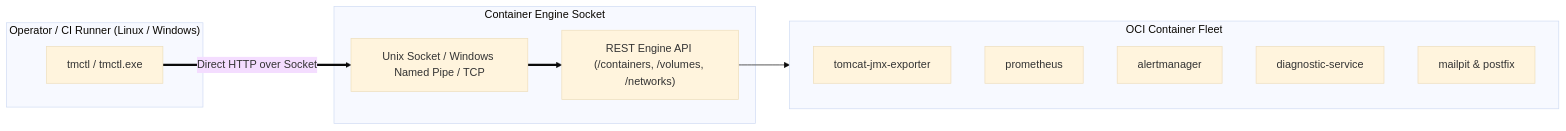
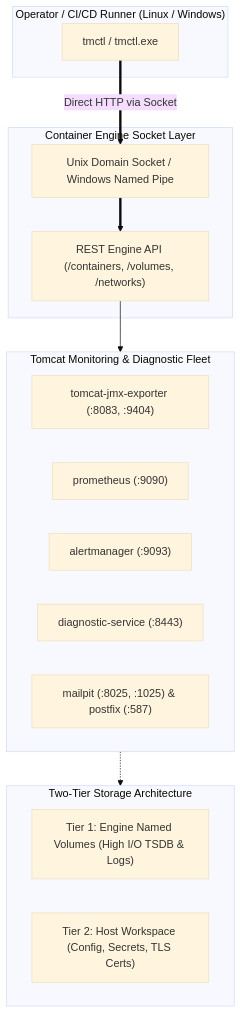
One commit to edkas07-oss/tmctl changed the diagram in README.md. Above: the diagram before and after it, drawn with Mermaid (base theme). The commit also changed other lines of this file and 2 other files, not shown here.

````diff
--- a/README.md
+++ b/README.md
@@ -57,22 +60,28 @@
 ```mermaid
-flowchart LR
-    subgraph OPERATOR["Operator / CI Runner (Linux / Windows)"]
+flowchart TD
+    subgraph OPERATOR["Operator / CI/CD Runner (Linux / Windows)"]
         CLI["tmctl / tmctl.exe"]
     end
 
-    subgraph ENGINE["Container Engine Socket"]
-        SOCK["Unix Socket / Windows Named Pipe / TCP"]
+    subgraph ENGINE["Container Engine Socket Layer"]
+        SOCK["Unix Domain Socket / Windows Named Pipe"]
         API["REST Engine API (/containers, /volumes, /networks)"]
     end
 
-    subgraph WORKLOADS["OCI Container Fleet"]
-        TOMCAT["tomcat-jmx-exporter"]
-        PROM["prometheus"]
-        AM["alertmanager"]
-        DS["diagnostic-service"]
-        MAIL["mailpit & postfix"]
+    subgraph FLEET["Tomcat Monitoring & Diagnostic Fleet"]
+        JMX["tomcat-jmx-exporter (:8083, :9404)"]
+        PROM["prometheus (:9090)"]
+        AM["alertmanager (:9093)"]
+        DIAG["diagnostic-service (:8443)"]
+        MAIL["mailpit (:8025, :1025) & postfix (:587)"]
     end
 
-    CLI ==>|Direct HTTP over Socket| SOCK ==> API
-    API --> WORKLOADS
+    subgraph STORAGE["Two-Tier Storage Architecture"]
+        T1["Tier 1: Engine Named Volumes (High I/O TSDB & Logs)"]
+        T2["Tier 2: Host Workspace (Config, Secrets, TLS Certs)"]
+    end
+
+    CLI ==>|Direct HTTP via Socket| SOCK ==> API
+    API --> FLEET
+    FLEET -.-> STORAGE
 ```
````
